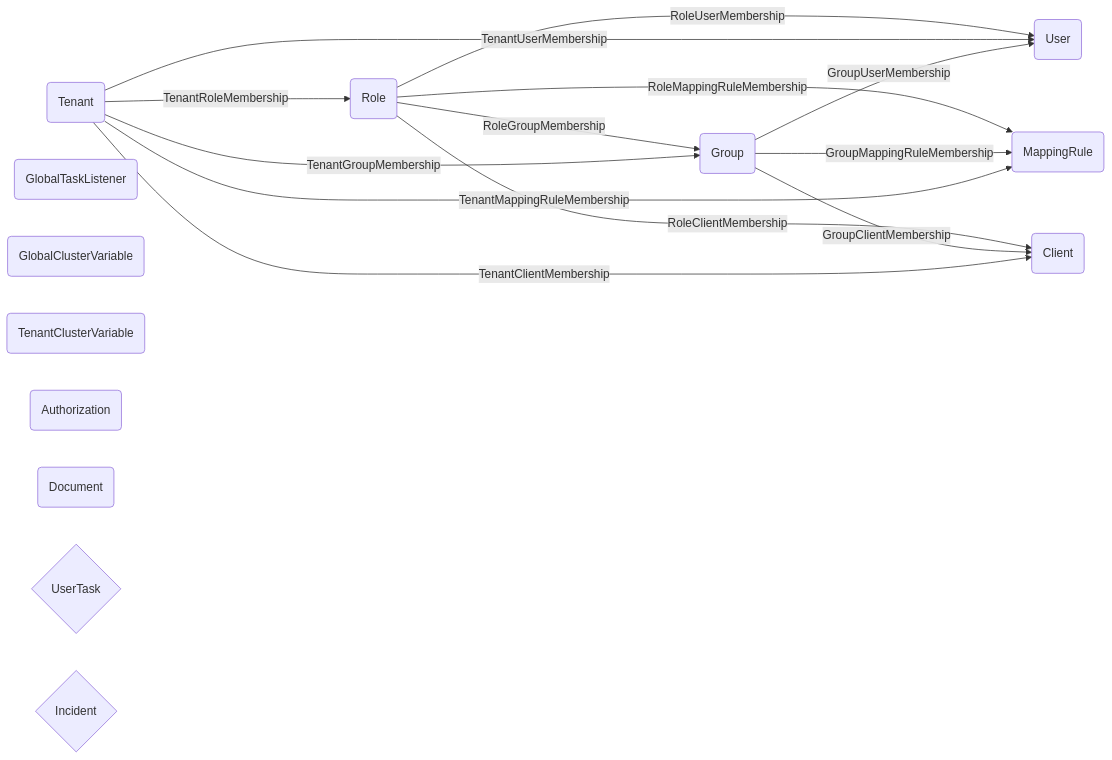
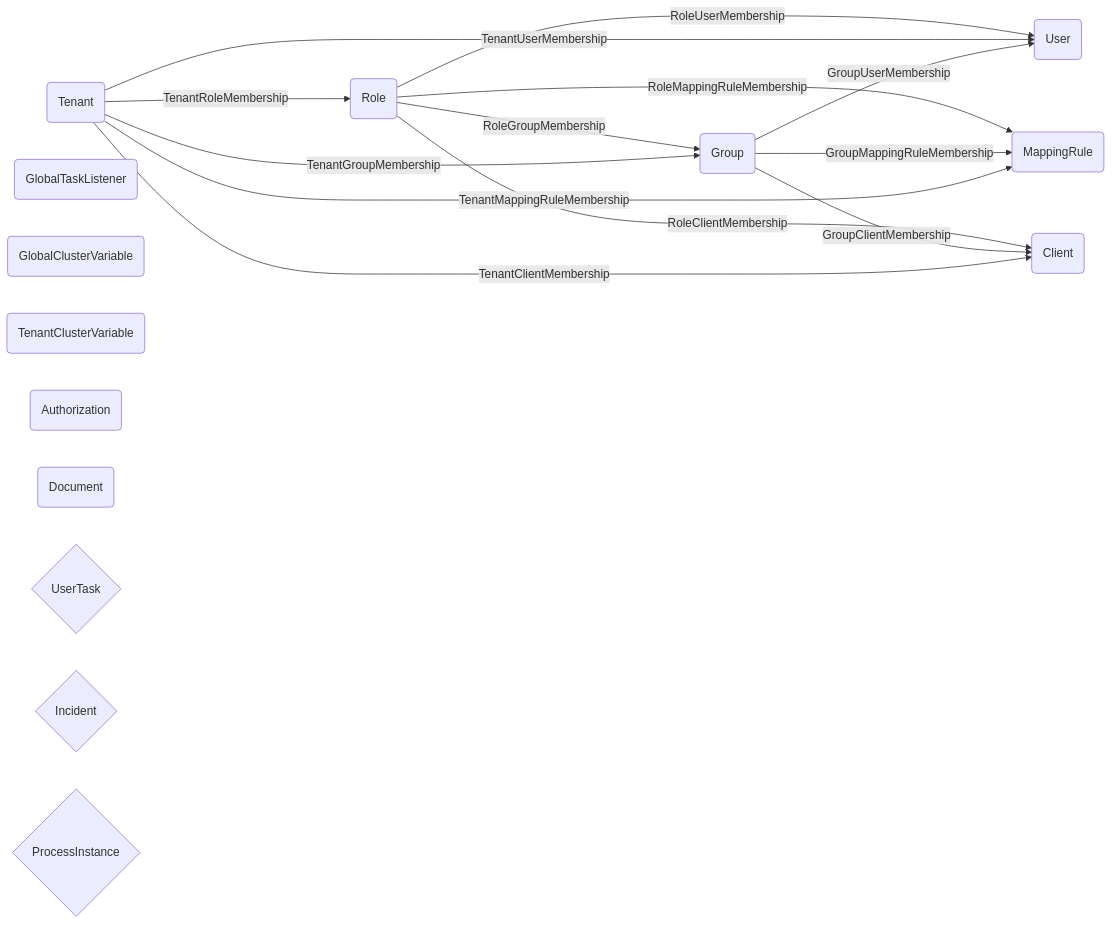
The second of 2 diagrams in ontology/README.md (camunda/api-test-generator), drawn with Mermaid before and after one commit. The commit also changed other lines of this file and 1 other file, not shown here.

````diff
--- a/ontology/README.md
+++ b/ontology/README.md
@@ -74,30 +79,31 @@
 ```mermaid
 %% api-test-generator ABox (camunda-oca) — entity kinds and membership edges
 graph LR
   Role(Role)
   User(User)
   Tenant(Tenant)
   Group(Group)
   MappingRule(MappingRule)
   GlobalTaskListener(GlobalTaskListener)
   GlobalClusterVariable(GlobalClusterVariable)
   TenantClusterVariable(TenantClusterVariable)
   Authorization(Authorization)
   Document(Document)
   Client(Client)
   UserTask{UserTask}
   Incident{Incident}
+  ProcessInstance{ProcessInstance}
 
   Role -->|"RoleUserMembership"| User
   Tenant -->|"TenantUserMembership"| User
   Group -->|"GroupUserMembership"| User
   Role -->|"RoleMappingRuleMembership"| MappingRule
   Group -->|"GroupMappingRuleMembership"| MappingRule
   Tenant -->|"TenantMappingRuleMembership"| MappingRule
   Role -->|"RoleGroupMembership"| Group
   Role -->|"RoleClientMembership"| Client
   Group -->|"GroupClientMembership"| Client
   Tenant -->|"TenantClientMembership"| Client
   Tenant -->|"TenantGroupMembership"| Group
   Tenant -->|"TenantRoleMembership"| Role
 ```
````
